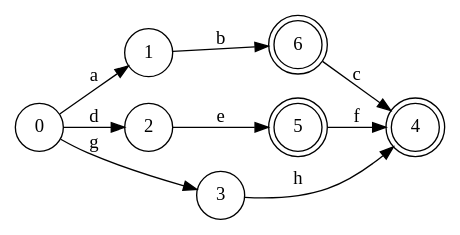
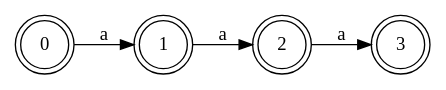
The diagram in dfa_output.dot (x6x4/LAB2_URGENCY), drawn with Graphviz before and after one commit. The commit also changed 9 other files, not shown here.

```diff
--- a/dfa_output.dot
+++ b/dfa_output.dot
@@ -1,15 +1,11 @@
 digraph DFA {
 rankdir="LR"
 node [shape=circle];
 0 -> 1 [label="a"];
-0 -> 2 [label="d"];
-0 -> 3 [label="g"];
-1 -> 6 [label="b"];
-2 -> 5 [label="e"];
-3 -> 4 [label="h"];
-5 -> 4 [label="f"];
-6 -> 4 [label="c"];
-4[label="4"shape=doublecircle];
-5[label="5"shape=doublecircle];
-6[label="6"shape=doublecircle];
+1 -> 2 [label="a"];
+2 -> 3 [label="a"];
+0[label="0"shape=doublecircle];
+1[label="1"shape=doublecircle];
+2[label="2"shape=doublecircle];
+3[label="3"shape=doublecircle];
 }
```
